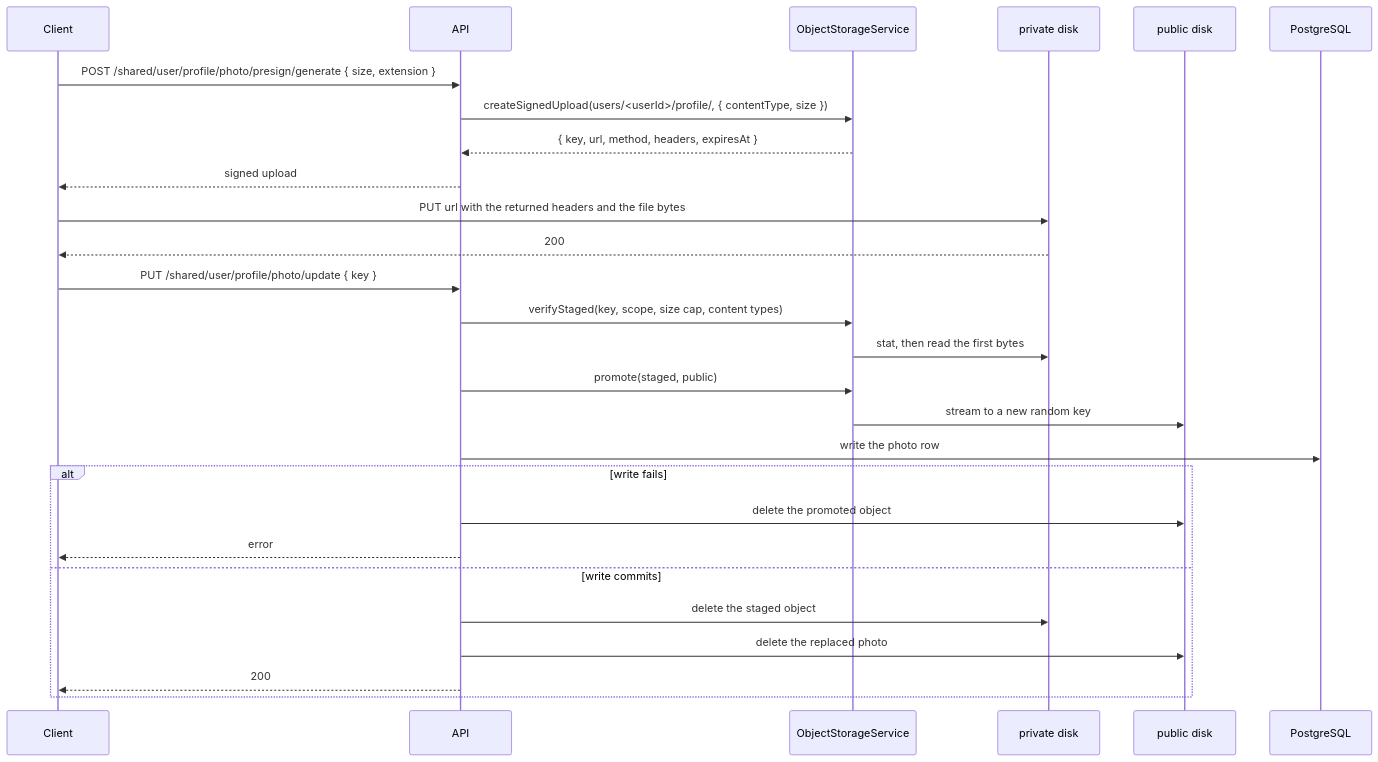
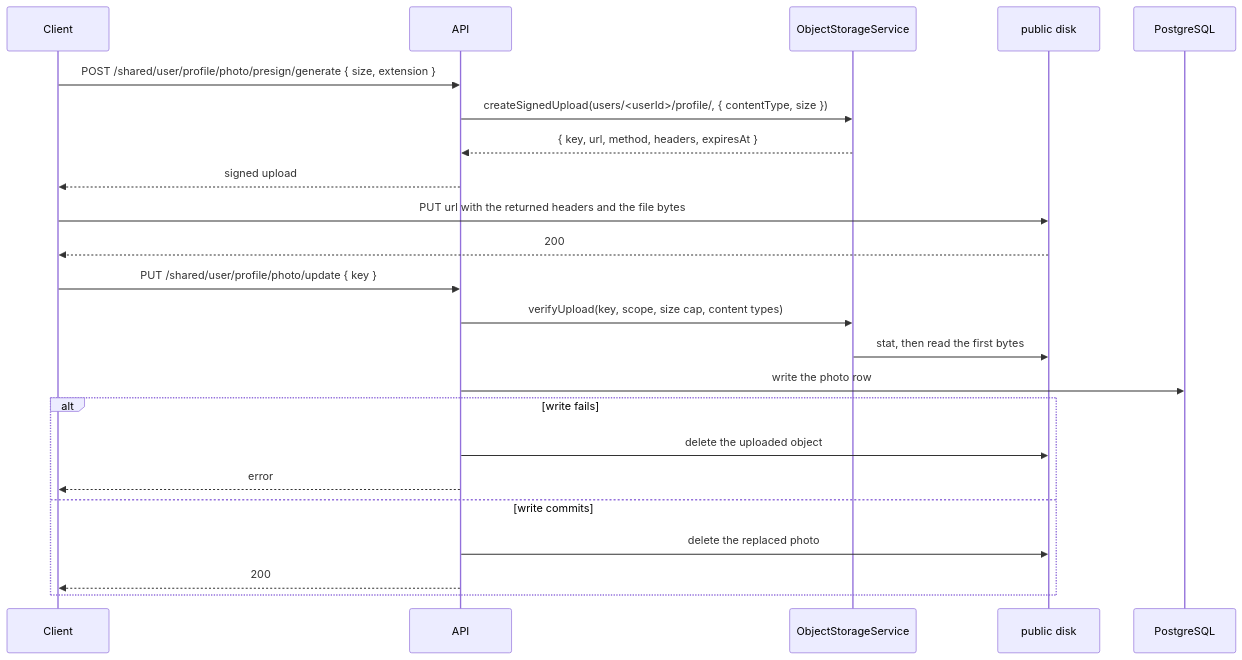
One commit to Gzerox/ack-nestjs-boilerplate changed the second of 2 diagrams in docs/file-upload.md. Above: the diagram before and after it, drawn with Mermaid. The commit also changed other lines of this file and 44 other files, not shown here.

````diff
--- a/docs/file-upload.md
+++ b/docs/file-upload.md
@@ -635,32 +632,28 @@
 ```mermaid
 sequenceDiagram
     participant Client
     participant API
     participant Storage as ObjectStorageService
-    participant Private as private disk
     participant Public as public disk
     participant DB as PostgreSQL
 
     Client->>API: POST /shared/user/profile/photo/presign/generate { size, extension }
     API->>Storage: createSignedUpload(users/<userId>/profile/, { contentType, size })
     Storage-->>API: { key, url, method, headers, expiresAt }
     API-->>Client: signed upload
 
-    Client->>Private: PUT url with the returned headers and the file bytes
-    Private-->>Client: 200
+    Client->>Public: PUT url with the returned headers and the file bytes
+    Public-->>Client: 200
 
     Client->>API: PUT /shared/user/profile/photo/update { key }
-    API->>Storage: verifyStaged(key, scope, size cap, content types)
-    Storage->>Private: stat, then read the first bytes
-    API->>Storage: promote(staged, public)
-    Storage->>Public: stream to a new random key
+    API->>Storage: verifyUpload(key, scope, size cap, content types)
+    Storage->>Public: stat, then read the first bytes
     API->>DB: write the photo row
     alt write fails
-        API->>Public: delete the promoted object
+        API->>Public: delete the uploaded object
         API-->>Client: error
     else write commits
-        API->>Private: delete the staged object
         API->>Public: delete the replaced photo
         API-->>Client: 200
     end
 ```
````
